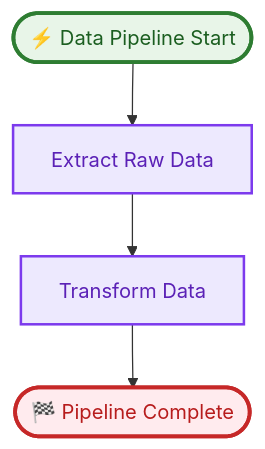
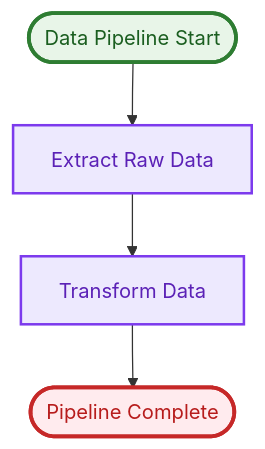
Diagram 14 of 14 in README.md (pjt222/putior), drawn with Mermaid before and after one commit. The commit also changed other lines of this file, not shown here.

Commit message:
Remove Unicode emoji escapes from README workflow boundaries examples
- Cleaned up Unicode escape sequences (\u26a1 and \ud83c\udfc1) from README
- Workflow boundaries now rely solely on color styling (orange/green)
- Ensures proper rendering on GitHub without emoji display issues
- All examples regenerated with clean output

````diff
--- a/README.md
+++ b/README.md
@@ -753,18 +753,18 @@
 ```mermaid
 flowchart TD
-    pipeline_start([⚡ Data Pipeline Start])
+    pipeline_start([Data Pipeline Start])
     extract_data[Extract Raw Data]
     transform_data[Transform Data]
-    pipeline_end([🏁 Pipeline Complete])
+    pipeline_end([Pipeline Complete])
     
     pipeline_start --> extract_data
     extract_data --> transform_data
     transform_data --> pipeline_end
     
     classDef startStyle fill:#e8f5e8,stroke:#2e7d32,stroke-width:3px,color:#1b5e20
     classDef processStyle fill:#ede9fe,stroke:#7c3aed,stroke-width:2px,color:#5b21b6
     classDef endStyle fill:#ffebee,stroke:#c62828,stroke-width:3px,color:#b71c1c
     class pipeline_start startStyle
     class extract_data,transform_data processStyle
     class pipeline_end endStyle
 ```
````
